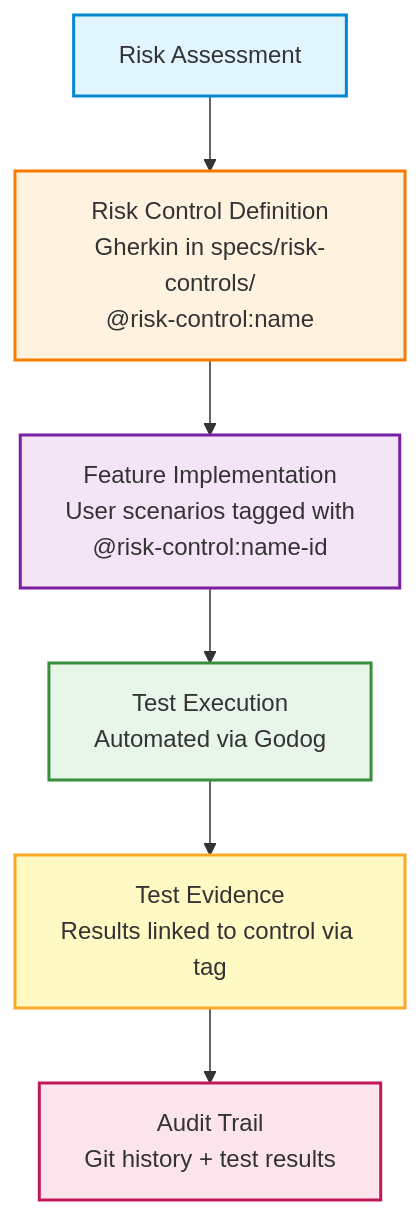
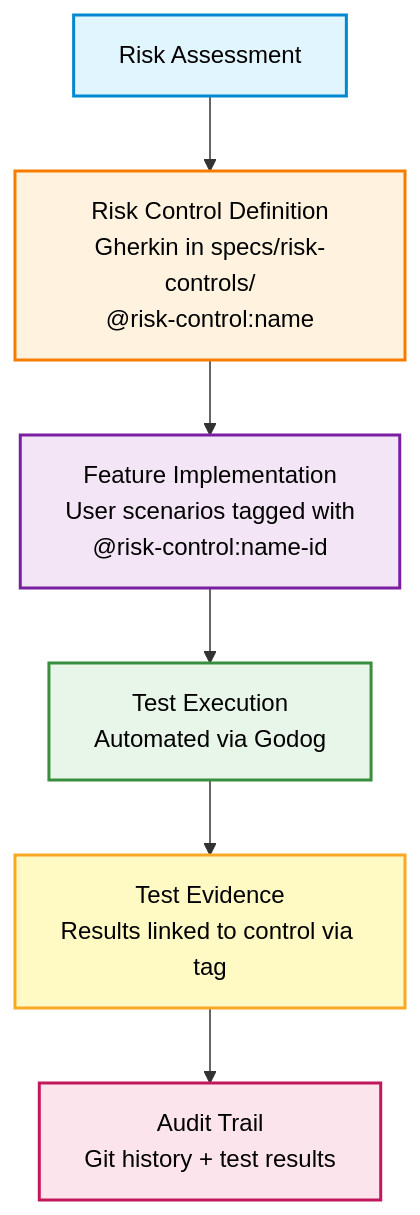
Before and after one commit to ready-to-release/eac: the diagram in docs/explanation/specifications/risk-controls.md, drawn with Mermaid. The commit also changed other lines of this file and 49 other files, not shown here.

````diff
--- a/docs/explanation/specifications/risk-controls.md
+++ b/docs/explanation/specifications/risk-controls.md
@@ -118,15 +118,15 @@
 ```mermaid
 flowchart TD
     A[Risk Assessment] --> B[Risk Control Definition<br/>Gherkin in specs/risk-controls/<br/>@risk-control:name]
     B --> C[Feature Implementation<br/>User scenarios tagged with<br/>@risk-control:name-id]
     C --> D[Test Execution<br/>Automated via Godog]
     D --> E[Test Evidence<br/>Results linked to control via tag]
     E --> F[Audit Trail<br/>Git history + test results]
 
-    style A fill:#e1f5ff,stroke:#0288d1,stroke-width:2px
-    style B fill:#fff3e0,stroke:#f57c00,stroke-width:2px
-    style C fill:#f3e5f5,stroke:#7b1fa2,stroke-width:2px
-    style D fill:#e8f5e9,stroke:#388e3c,stroke-width:2px
-    style E fill:#fff9c4,stroke:#f9a825,stroke-width:2px
-    style F fill:#fce4ec,stroke:#c2185b,stroke-width:2px
+    style A fill:#e1f5ff,stroke:#0288d1,stroke-width:2px,color:#000
+    style B fill:#fff3e0,stroke:#f57c00,stroke-width:2px,color:#000
+    style C fill:#f3e5f5,stroke:#7b1fa2,stroke-width:2px,color:#000
+    style D fill:#e8f5e9,stroke:#388e3c,stroke-width:2px,color:#000
+    style E fill:#fff9c4,stroke:#f9a825,stroke-width:2px,color:#000
+    style F fill:#fce4ec,stroke:#c2185b,stroke-width:2px,color:#000
 ```
````
